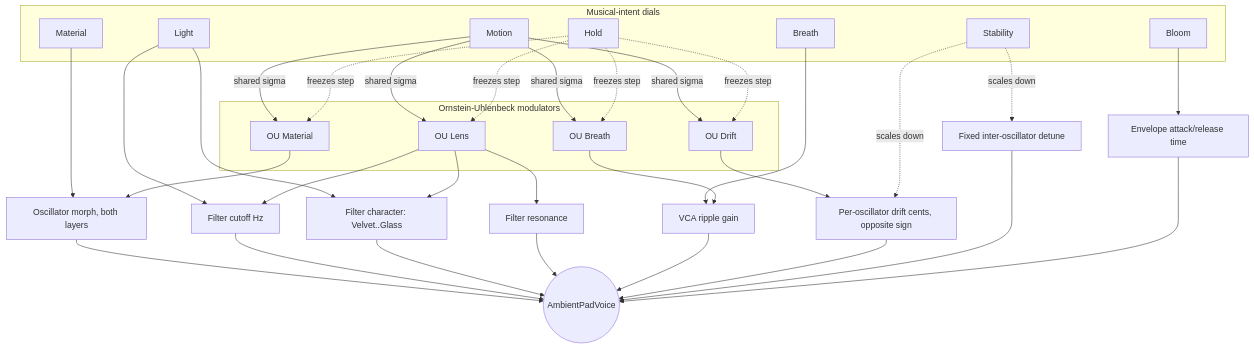
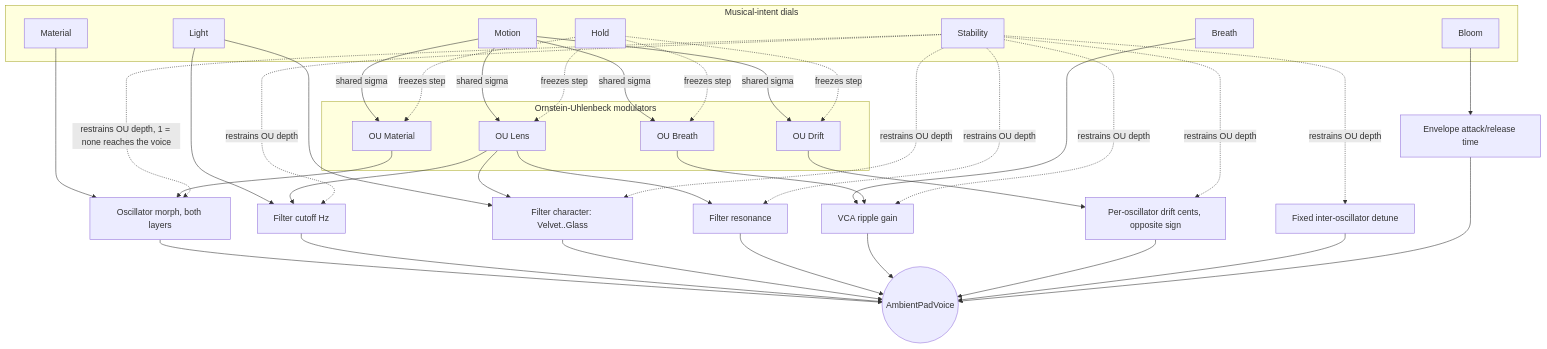
One commit to scjurgen/AbacDsp changed the diagram in examples/ambientpad/README.md. Above: the diagram before and after it, drawn with Mermaid. The commit also changed other lines of this file and 5 other files, not shown here.

````diff
--- a/examples/ambientpad/README.md
+++ b/examples/ambientpad/README.md
@@ -23,55 +23,62 @@
 ```mermaid
 flowchart TD
     subgraph DIALS["Musical-intent dials"]
         MATERIAL["Material"]
         LIGHT["Light"]
         MOTION["Motion"]
         BREATH["Breath"]
         STABILITY["Stability"]
         BLOOM["Bloom"]
         HOLD["Hold"]
     end
 
     subgraph OU["Ornstein-Uhlenbeck modulators"]
         OUB["OU Breath"]
         OUM["OU Material"]
         OUL["OU Lens"]
         OUD["OU Drift"]
     end
 
     MOTION -->|shared sigma| OUB
     MOTION -->|shared sigma| OUM
     MOTION -->|shared sigma| OUL
     MOTION -->|shared sigma| OUD
     HOLD -.->|freezes step| OUB
     HOLD -.->|freezes step| OUM
     HOLD -.->|freezes step| OUL
     HOLD -.->|freezes step| OUD
 
     MATERIAL --> MORPH["Oscillator morph, both layers"]
     OUM --> MORPH
 
     LIGHT --> CUTOFF["Filter cutoff Hz"]
     OUL --> CUTOFF
     LIGHT --> CHAR["Filter character: Velvet..Glass"]
     OUL --> CHAR
     OUL --> RESO["Filter resonance"]
 
     BREATH --> RIPPLE["VCA ripple gain"]
     OUB --> RIPPLE
 
     OUD --> DRIFT["Per-oscillator drift cents, opposite sign"]
-    STABILITY -.->|scales down| DRIFT
-    STABILITY -.->|scales down| DETUNE["Fixed inter-oscillator detune"]
+    DETUNE["Fixed inter-oscillator detune"]
+
+    STABILITY -.->|restrains OU depth, 1 = none reaches the voice| MORPH
+    STABILITY -.->|restrains OU depth| CUTOFF
+    STABILITY -.->|restrains OU depth| CHAR
+    STABILITY -.->|restrains OU depth| RESO
+    STABILITY -.->|restrains OU depth| RIPPLE
+    STABILITY -.->|restrains OU depth| DRIFT
+    STABILITY -.->|restrains OU depth| DETUNE
 
     BLOOM --> ENV["Envelope attack/release time"]
 
     MORPH --> VOICE(("AmbientPadVoice"))
     CUTOFF --> VOICE
     CHAR --> VOICE
     RESO --> VOICE
     RIPPLE --> VOICE
     DRIFT --> VOICE
     DETUNE --> VOICE
     ENV --> VOICE
 ```
````
